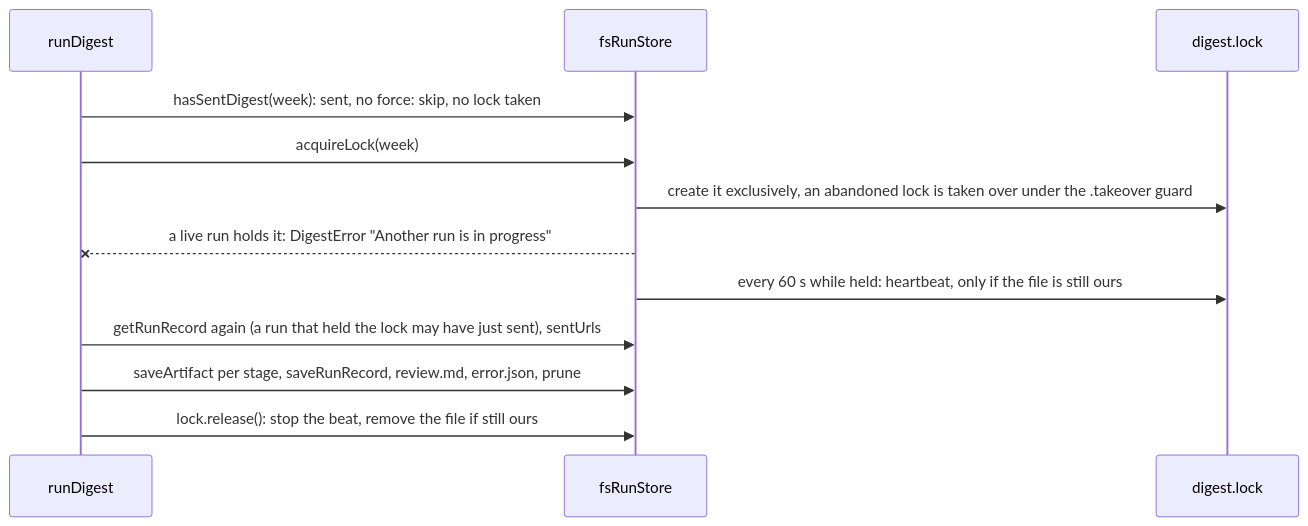
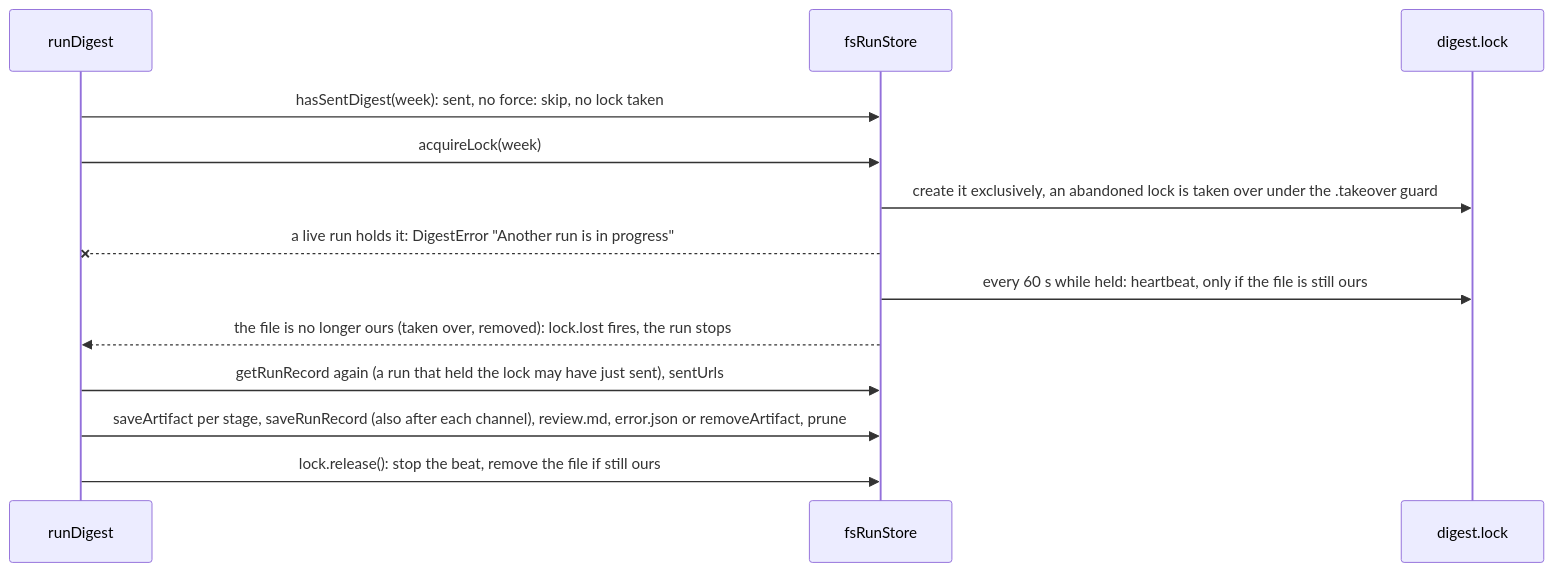
Before and after one commit to odere-pro/weekly-engineering-digest-agent: the second of 2 diagrams in src/store/CLAUDE.md, drawn with Mermaid. The commit also changed other lines of this file and 78 other files, not shown here.

First line of the commit message:
fix(reliability): stop on a lost lock, keep delivery progress

````diff
--- a/src/store/CLAUDE.md
+++ b/src/store/CLAUDE.md
@@ -23,14 +23,15 @@
 ```mermaid
 sequenceDiagram
   participant run as runDigest
   participant st as fsRunStore
   participant lock as digest.lock
   run->>st: hasSentDigest(week): sent, no force: skip, no lock taken
   run->>st: acquireLock(week)
   st->>lock: create it exclusively, an abandoned lock is taken over under the .takeover guard
   st--x run: a live run holds it: DigestError "Another run is in progress"
   st->>lock: every 60 s while held: heartbeat, only if the file is still ours
+  st-->>run: the file is no longer ours (taken over, removed): lock.lost fires, the run stops
   run->>st: getRunRecord again (a run that held the lock may have just sent), sentUrls
-  run->>st: saveArtifact per stage, saveRunRecord, review.md, error.json, prune
+  run->>st: saveArtifact per stage, saveRunRecord (also after each channel), review.md, error.json or removeArtifact, prune
   run->>st: lock.release(): stop the beat, remove the file if still ours
 ```
````
